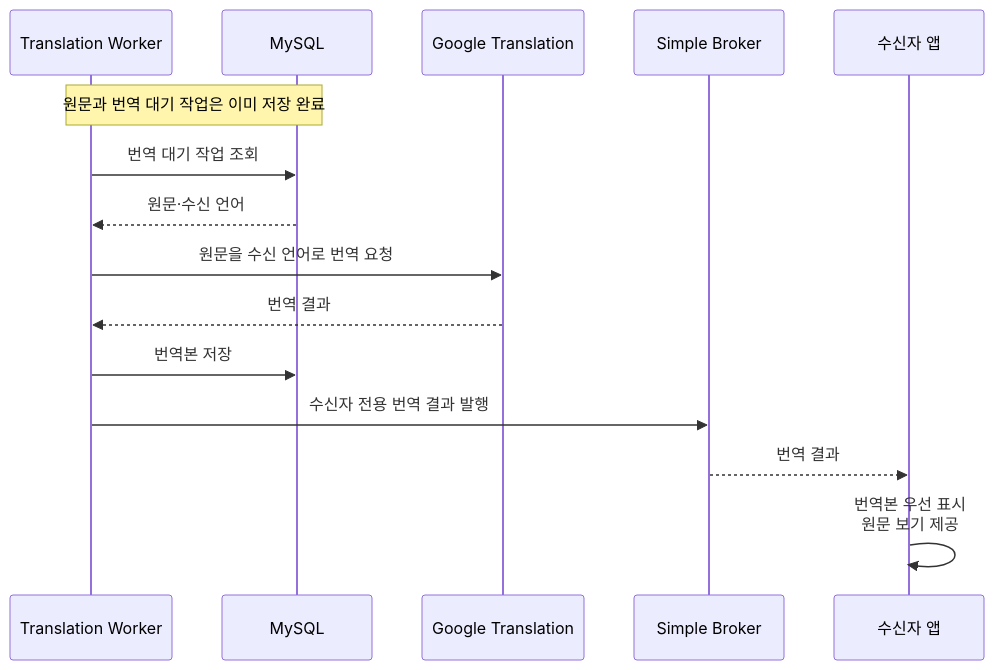
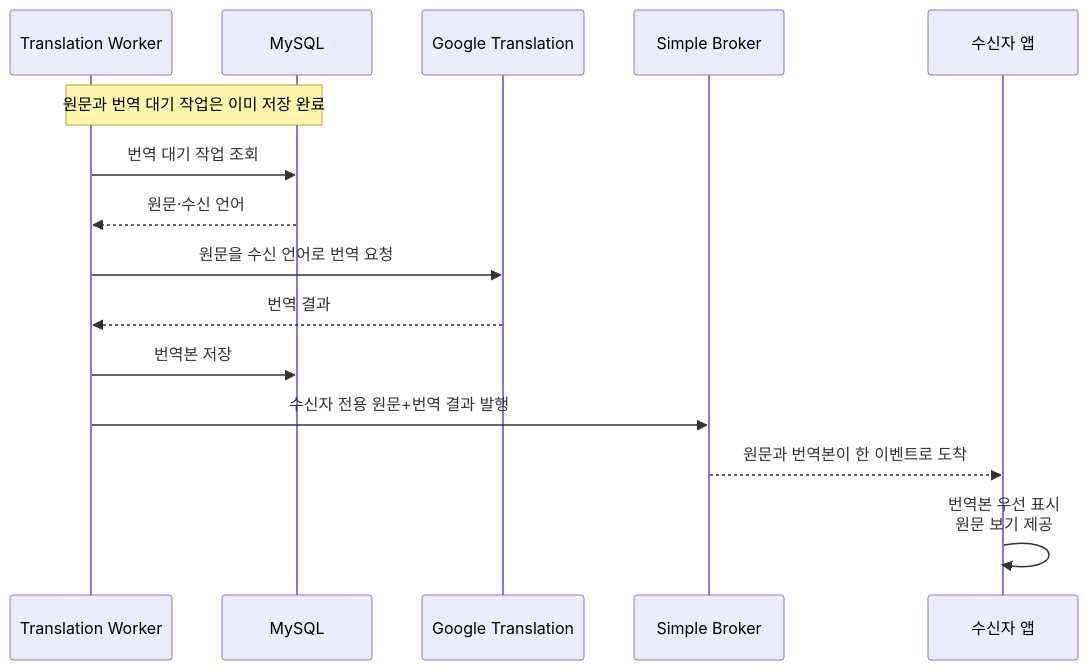
Before and after one commit to jameskim9509/Kohere-backend: the ninth of 16 diagrams in docs/architecture/chat/05-sequence-diagrams.md, drawn with Mermaid. The commit also changed other lines of this file and 52 other files, not shown here.

````diff
--- a/docs/architecture/chat/05-sequence-diagrams.md
+++ b/docs/architecture/chat/05-sequence-diagrams.md
@@ -239,18 +234,18 @@
 ```mermaid
 sequenceDiagram
     participant WORKER as Translation Worker
     participant DB as MySQL
     participant GOOGLE as Google Translation
     participant BR as Simple Broker
     participant APP as 수신자 앱
 
     Note over WORKER,DB: 원문과 번역 대기 작업은 이미 저장 완료
     WORKER->>DB: 번역 대기 작업 조회
     DB-->>WORKER: 원문·수신 언어
     WORKER->>GOOGLE: 원문을 수신 언어로 번역 요청
     GOOGLE-->>WORKER: 번역 결과
     WORKER->>DB: 번역본 저장
-    WORKER->>BR: 수신자 전용 번역 결과 발행
-    BR-->>APP: 번역 결과
+    WORKER->>BR: 수신자 전용 원문+번역 결과 발행
+    BR-->>APP: 원문과 번역본이 한 이벤트로 도착
     APP->>APP: 번역본 우선 표시<br/>원문 보기 제공
 ```
````
